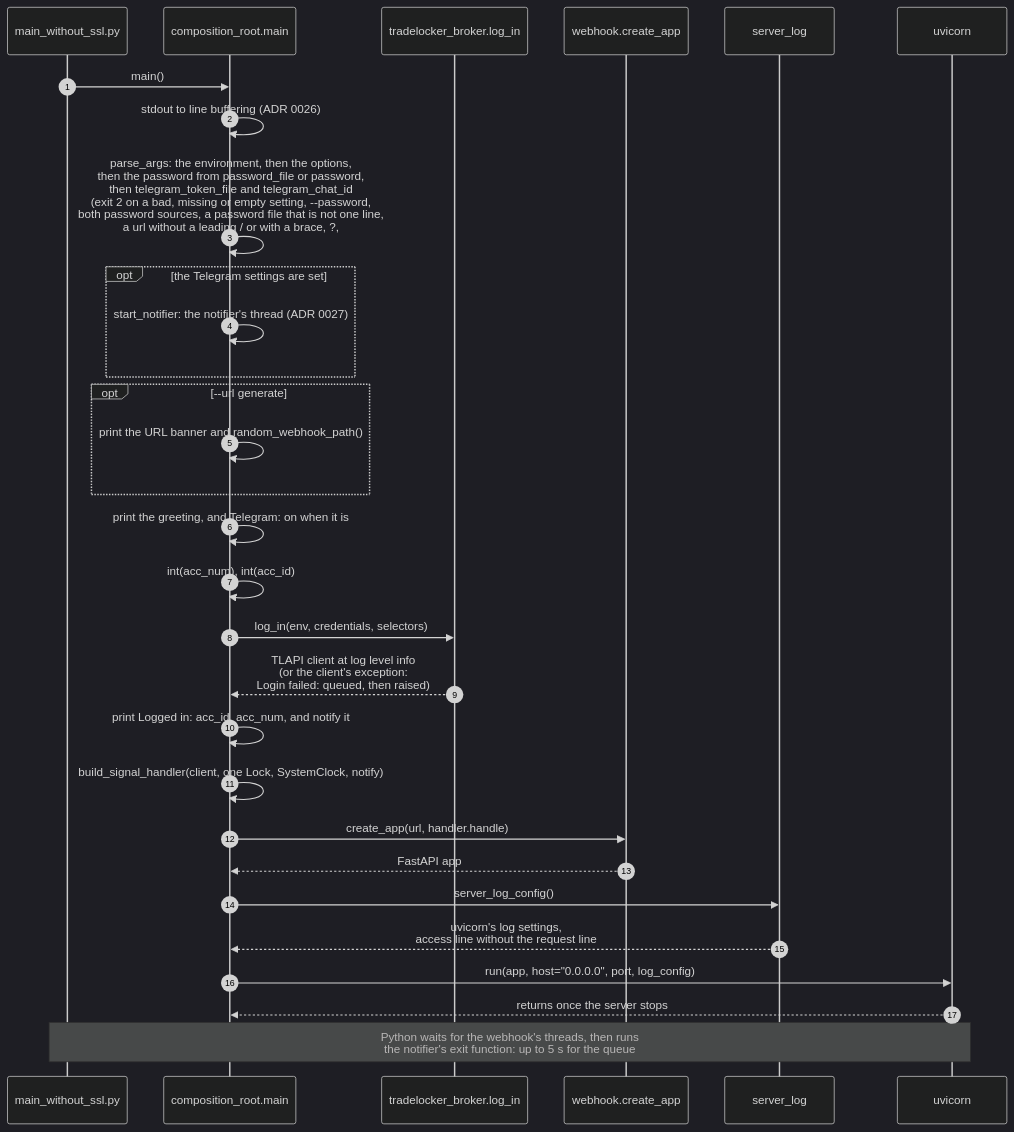
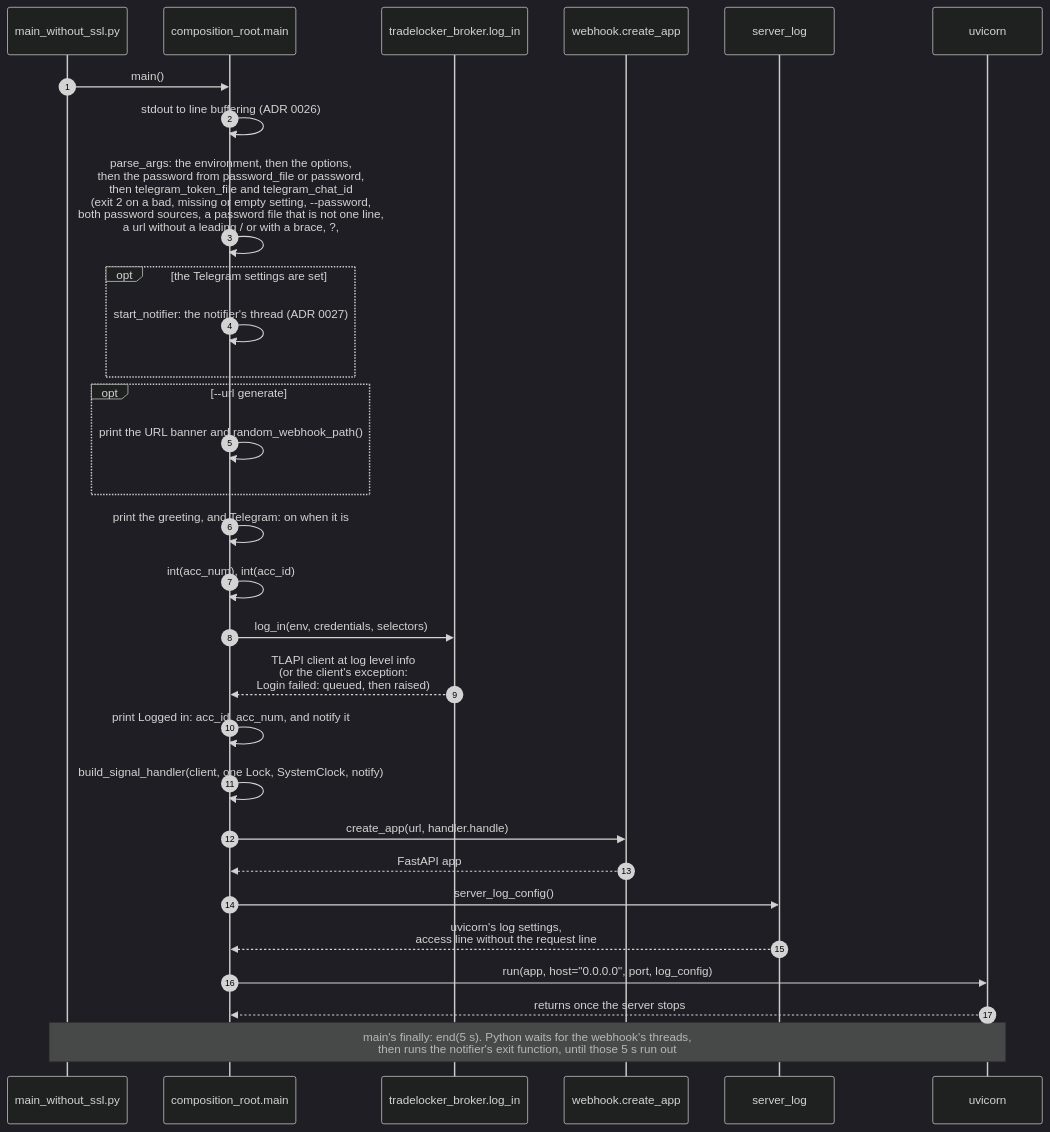
One commit to Akinzou/TradeLockerBot changed the second of 6 diagrams in docs/architecture.md. Above: the diagram before and after it, drawn with Mermaid (dark theme). The commit also changed other lines of this file and 1 other file, not shown here.

Commit message:
docs: the third review of step 6o in ADR 0027 and the architecture

````diff
--- a/docs/architecture.md
+++ b/docs/architecture.md
@@ -106,32 +106,32 @@
 ```mermaid
 sequenceDiagram
     autonumber
     participant EP as main_without_ssl.py
     participant CR as composition_root.main
     participant TB as tradelocker_broker.log_in
     participant WH as webhook.create_app
     participant SL as server_log
     participant U as uvicorn
     EP->>CR: main()
     CR->>CR: stdout to line buffering (ADR 0026)
     CR->>CR: parse_args: the environment, then the options,<br/>then the password from password_file or password,<br/>then telegram_token_file and telegram_chat_id<br/>(exit 2 on a bad, missing or empty setting, --password,<br/>both password sources, a password file that is not one line,<br/>a url without a leading / or with a brace, ?, # or %,<br/>one Telegram setting alone, a file with no bot token, a bad chat id)
     opt the Telegram settings are set
         CR->>CR: start_notifier: the notifier's thread (ADR 0027)
     end
     opt --url generate
         CR->>CR: print the URL banner and random_webhook_path()
     end
     CR->>CR: print the greeting, and Telegram: on when it is
     CR->>CR: int(acc_num), int(acc_id)
     CR->>TB: log_in(env, credentials, selectors)
     TB-->>CR: TLAPI client at log level info<br/>(or the client's exception:<br/>Login failed: queued, then raised)
     CR->>CR: print Logged in: acc_id, acc_num, and notify it
     CR->>CR: build_signal_handler(client, one Lock, SystemClock, notify)
     CR->>WH: create_app(url, handler.handle)
     WH-->>CR: FastAPI app
     CR->>SL: server_log_config()
     SL-->>CR: uvicorn's log settings,<br/>access line without the request line
     CR->>U: run(app, host="0.0.0.0", port, log_config)
     U-->>CR: returns once the server stops
-    Note over EP,U: Python waits for the webhook's threads, then runs<br/>the notifier's exit function: up to 5 s for the queue
+    Note over EP,U: main's finally: end(5 s). Python waits for the webhook's threads,<br/>then runs the notifier's exit function, until those 5 s run out
 ```
````
